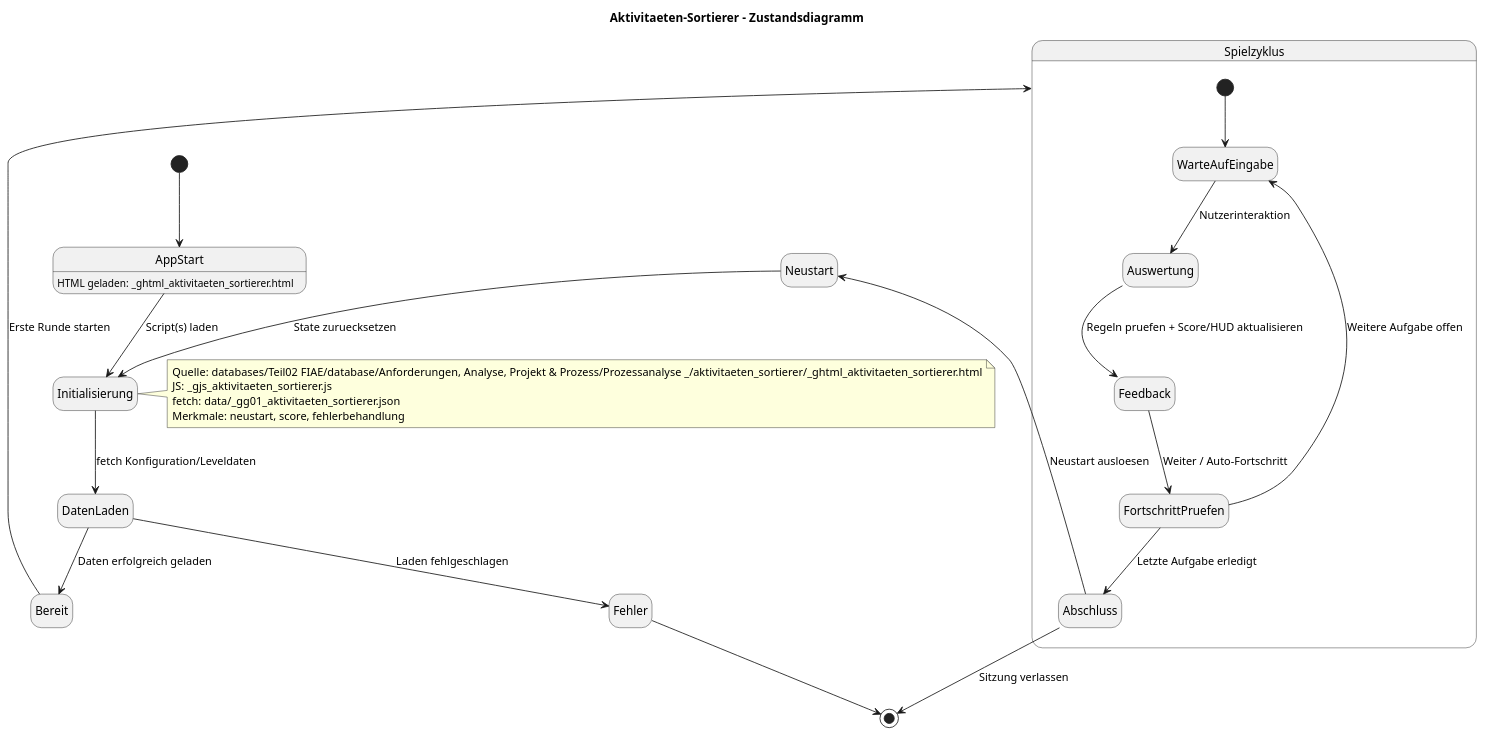
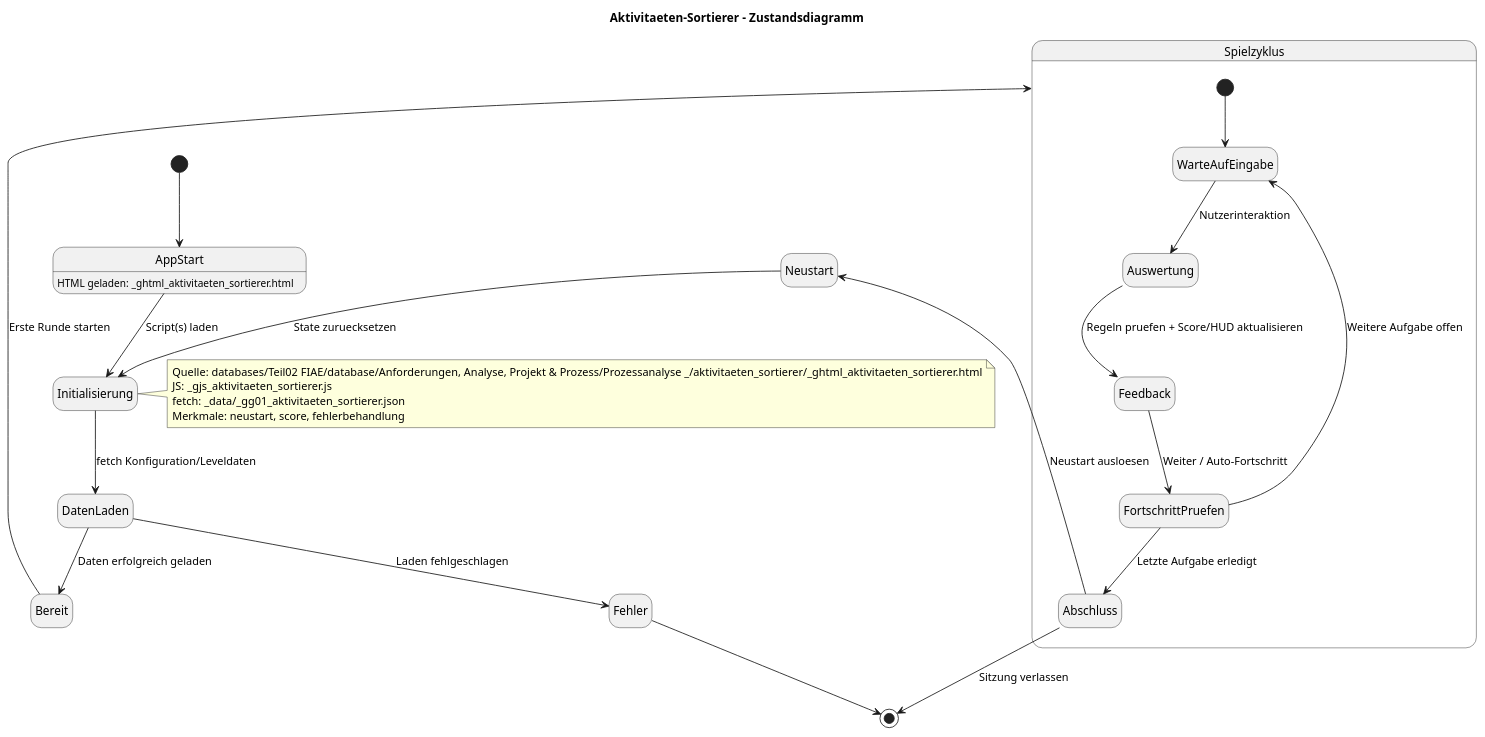
One commit to Thor-the-Dwarf/easyPV changed the diagram in databases/Teil02 FIAE/database/Anforderungen, Analyse, Projekt & Prozess/Prozessanalyse _/aktivitaeten_sortierer/__dokumentation/__02_plans/__state_diagram.puml. Above: the diagram before and after it, drawn with PlantUML. The commit also changed 1258 other files, not shown here.

```diff
--- a/databases/Teil02 FIAE/database/Anforderungen, Analyse, Projekt & Prozess/Prozessanalyse _/aktivitaeten_sortierer/__dokumentation/__02_plans/__state_diagram.puml
+++ b/databases/Teil02 FIAE/database/Anforderungen, Analyse, Projekt & Prozess/Prozessanalyse _/aktivitaeten_sortierer/__dokumentation/__02_plans/__state_diagram.puml
@@ -1,33 +1,33 @@
 @startuml
 title Aktivitaeten-Sortierer - Zustandsdiagramm
 hide empty description
 
 [*] --> AppStart
 state AppStart : HTML geladen: _ghtml_aktivitaeten_sortierer.html
 AppStart --> Initialisierung : Script(s) laden
 Initialisierung --> DatenLaden : fetch Konfiguration/Leveldaten
 DatenLaden --> Bereit : Daten erfolgreich geladen
 DatenLaden --> Fehler : Laden fehlgeschlagen
 Bereit --> Spielzyklus : Erste Runde starten
 
 state Spielzyklus {
   [*] --> WarteAufEingabe
   WarteAufEingabe --> Auswertung : Nutzerinteraktion
   Auswertung --> Feedback : Regeln pruefen + Score/HUD aktualisieren
   Feedback --> FortschrittPruefen : Weiter / Auto-Fortschritt
   FortschrittPruefen --> WarteAufEingabe : Weitere Aufgabe offen
   FortschrittPruefen --> Abschluss : Letzte Aufgabe erledigt
 }
 
 Abschluss --> Neustart : Neustart ausloesen
 Neustart --> Initialisierung : State zuruecksetzen
 Abschluss --> [*] : Sitzung verlassen
 Fehler --> [*]
 
 note right of Initialisierung
 Quelle: databases/Teil02 FIAE/database/Anforderungen, Analyse, Projekt & Prozess/Prozessanalyse _/aktivitaeten_sortierer/_ghtml_aktivitaeten_sortierer.html
 JS: _gjs_aktivitaeten_sortierer.js
-fetch: data/_gg01_aktivitaeten_sortierer.json
+fetch: _data/_gg01_aktivitaeten_sortierer.json
 Merkmale: neustart, score, fehlerbehandlung
 end note
 @enduml
```
